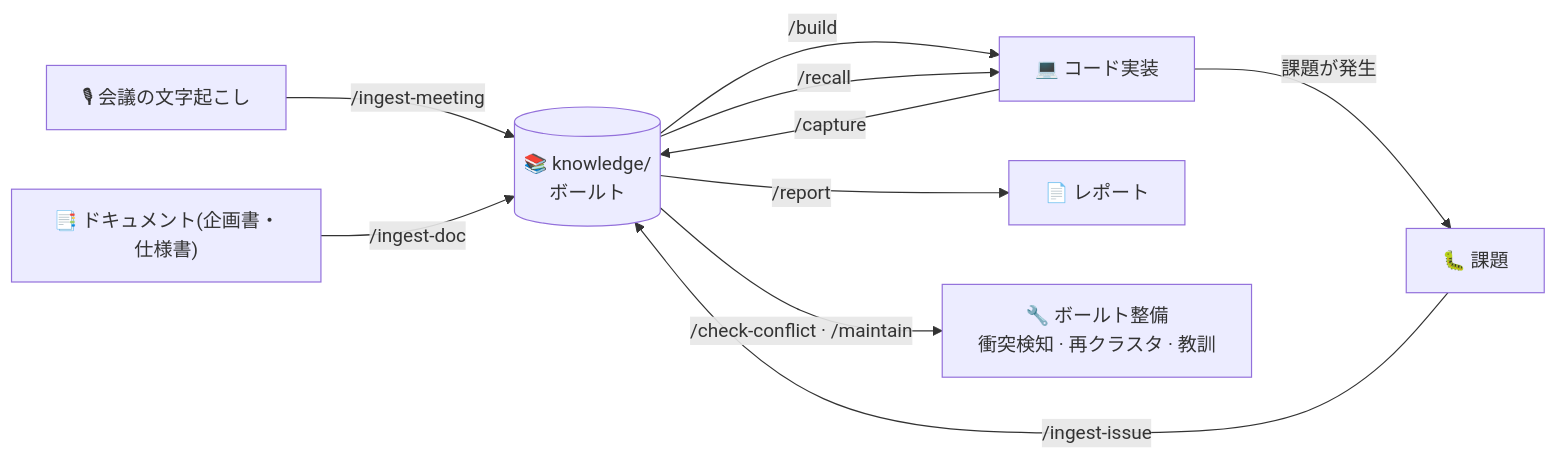
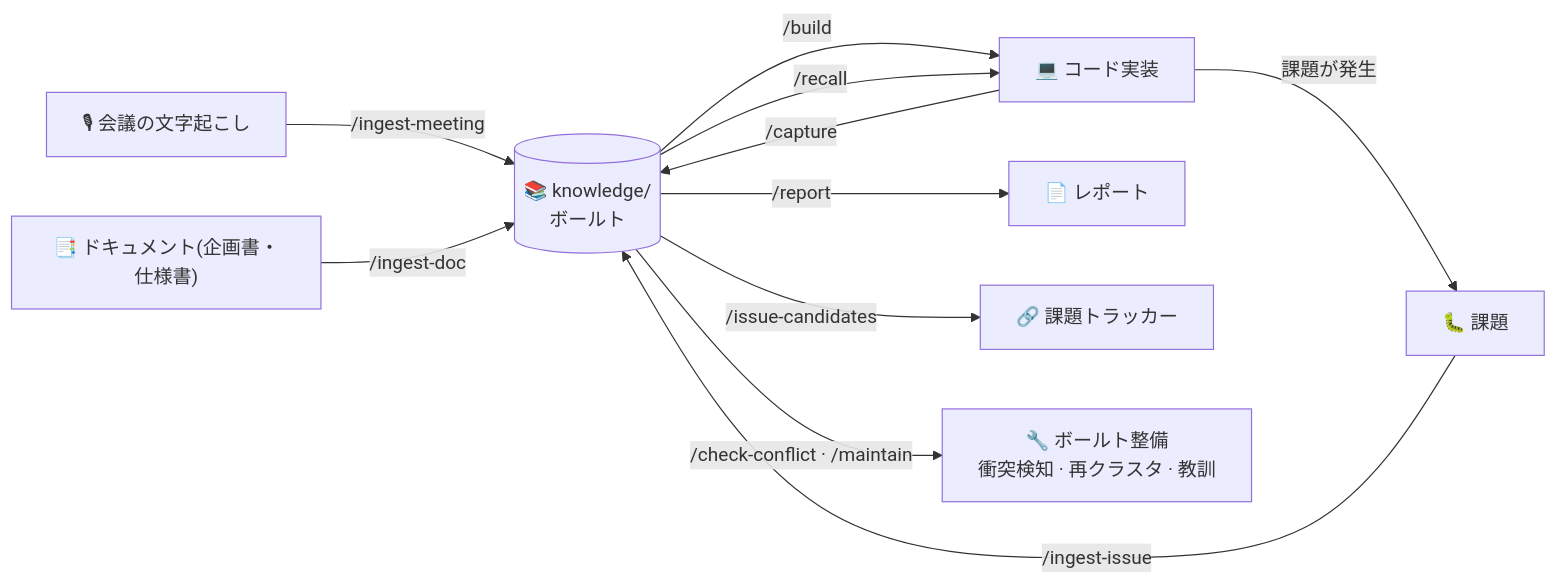
One commit to EM-H20/second-brain-template changed the third of 4 diagrams in README.md. Above: the diagram before and after it, drawn with Mermaid. The commit also changed other lines of this file and 11 other files, not shown here.

````diff
--- a/README.md
+++ b/README.md
@@ -671,12 +709,13 @@
 ```mermaid
 flowchart LR
     A["🎙 会議の文字起こし"] -->|"/ingest-meeting"| V[("📚 knowledge/<br/>ボールト")]
     V -->|"/build"| C["💻 コード実装"]
     C -->|"課題が発生"| I["🐛 課題"]
     I -->|"/ingest-issue"| V
     V -->|"/report"| R["📄 レポート"]
+    V -->|"/issue-candidates"| G["🔗 課題トラッカー"]
     D2["📑 ドキュメント(企画書・仕様書)"] -->|"/ingest-doc"| V
     V -->|"/check-conflict · /maintain"| M["🔧 ボールト整備<br/>衝突検知 · 再クラスタ · 教訓"]
     C -->|"/capture"| V
     V -->|"/recall"| C
 ```
````
